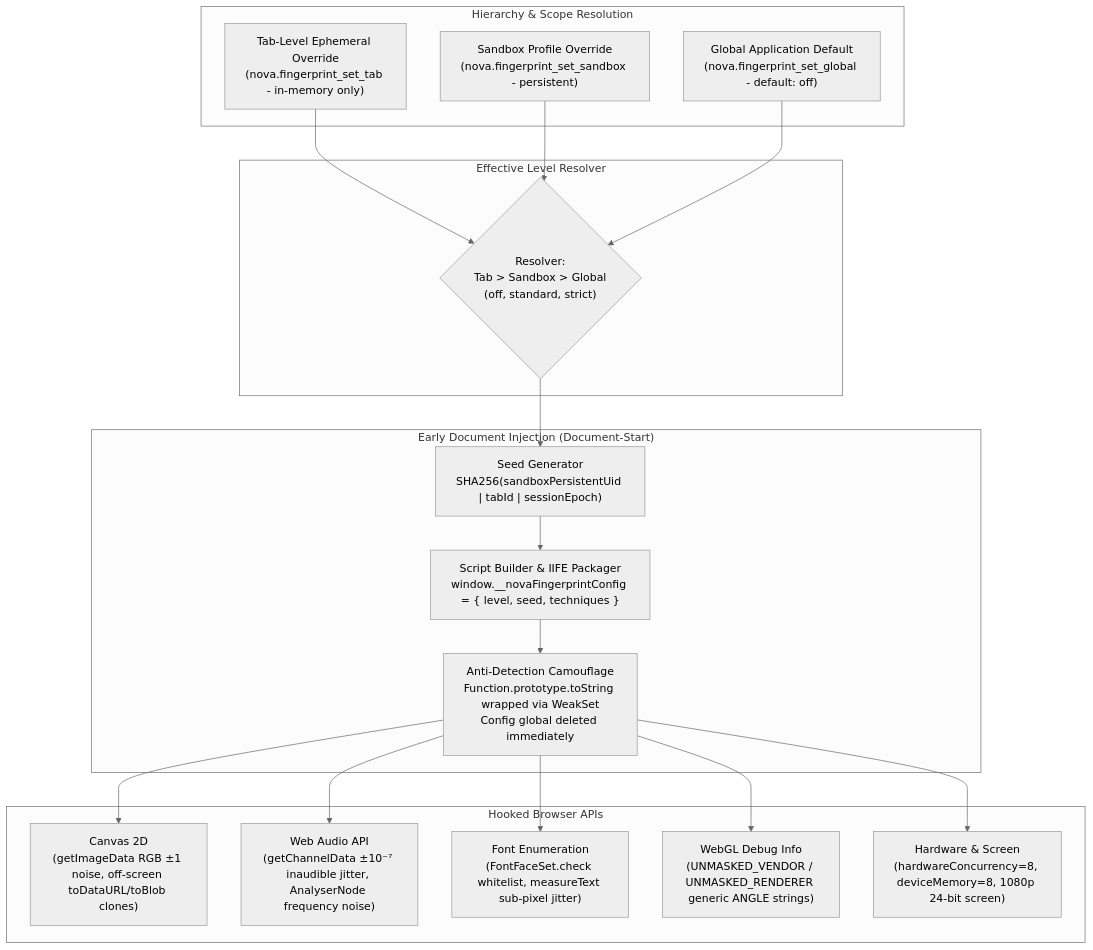
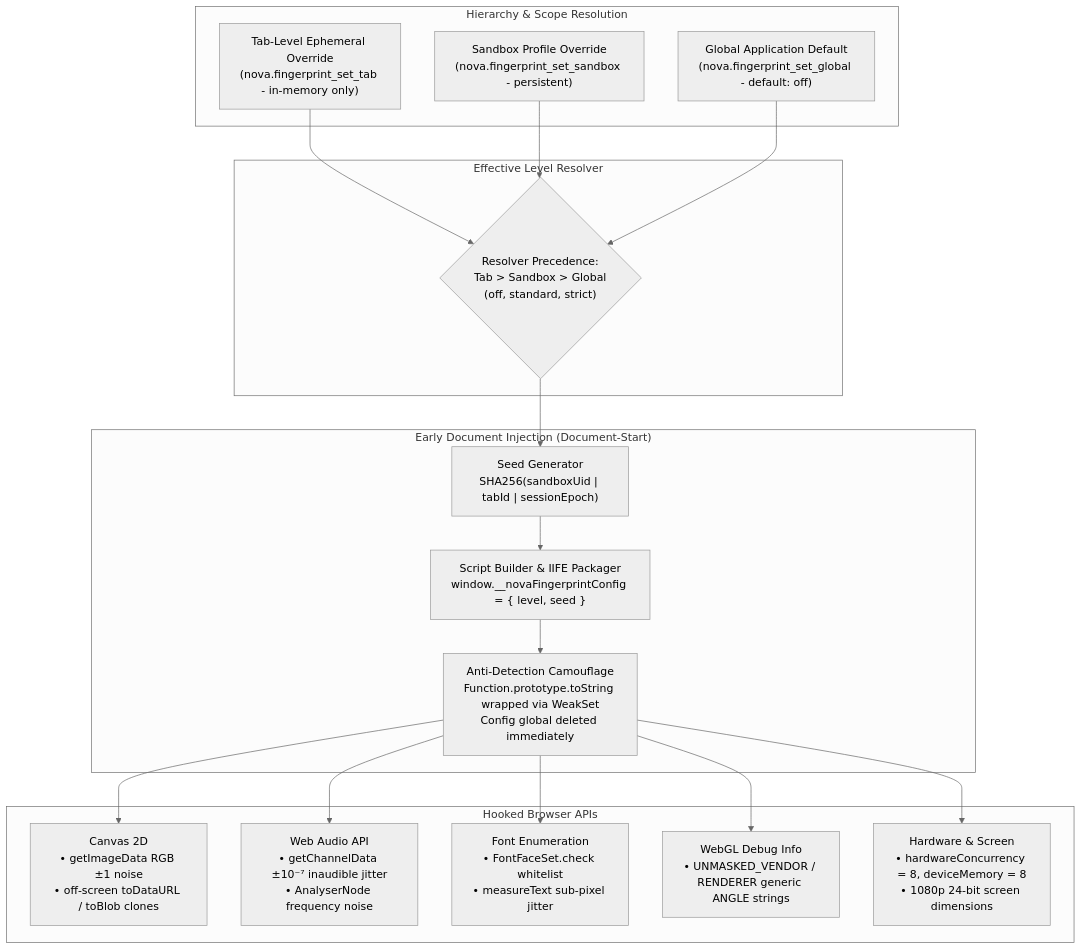
Before and after one commit to joelaniol/nova: the diagram in docs/core-features/privacy/fingerprint-and-identity/README.md, drawn with Mermaid (neutral theme). The commit also changed other lines of this file and 128 other files, not shown here.

````diff
--- a/docs/core-features/privacy/fingerprint-and-identity/README.md
+++ b/docs/core-features/privacy/fingerprint-and-identity/README.md
@@ -7,33 +36,33 @@
 ```mermaid
 flowchart TD
-    subgraph ConfigLayers["Hierarchy & Scope Resolution"]
-        TabScope["Tab-Level Ephemeral Override\n(nova.fingerprint_set_tab - in-memory only)"]
-        SandboxScope["Sandbox Profile Override\n(nova.fingerprint_set_sandbox - persistent)"]
-        GlobalScope["Global Application Default\n(nova.fingerprint_set_global - default: off)"]
+    subgraph ConfigLayers ["Hierarchy & Scope Resolution"]
+        TabScope["Tab-Level Ephemeral Override<br/>(nova.fingerprint_set_tab - in-memory only)"]
+        SandboxScope["Sandbox Profile Override<br/>(nova.fingerprint_set_sandbox - persistent)"]
+        GlobalScope["Global Application Default<br/>(nova.fingerprint_set_global - default: off)"]
     end
 
-    subgraph Resolution["Effective Level Resolver"]
-        Resolver{"Resolver:\nTab > Sandbox > Global\n(off, standard, strict)"}
+    subgraph Resolution ["Effective Level Resolver"]
+        Resolver{"Resolver Precedence:<br/>Tab > Sandbox > Global<br/>(off, standard, strict)"}
     end
 
-    subgraph Injection["Early Document Injection (Document-Start)"]
-        SeedGen["Seed Generator\nSHA256(sandboxPersistentUid | tabId | sessionEpoch)"]
-        ScriptBuilder["Script Builder & IIFE Packager\nwindow.__novaFingerprintConfig = { level, seed, techniques }"]
-        Camouflage["Anti-Detection Camouflage\nFunction.prototype.toString wrapped via WeakSet\nConfig global deleted immediately"]
+    subgraph Injection ["Early Document Injection (Document-Start)"]
+        SeedGen["Seed Generator<br/>SHA256(sandboxUid | tabId | sessionEpoch)"]
+        ScriptBuilder["Script Builder & IIFE Packager<br/>window.__novaFingerprintConfig = { level, seed }"]
+        Camouflage["Anti-Detection Camouflage<br/>Function.prototype.toString wrapped via WeakSet<br/>Config global deleted immediately"]
     end
 
-    subgraph Techniques["Hooked Browser APIs"]
-        CanvasHook["Canvas 2D\n(getImageData RGB ±1 noise, off-screen toDataURL/toBlob clones)"]
-        AudioHook["Web Audio API\n(getChannelData ±10⁻⁷ inaudible jitter, AnalyserNode frequency noise)"]
-        FontHook["Font Enumeration\n(FontFaceSet.check whitelist, measureText sub-pixel jitter)"]
-        WebGLHook["WebGL Debug Info\n(UNMASKED_VENDOR / UNMASKED_RENDERER generic ANGLE strings)"]
-        HardwareHook["Hardware & Screen\n(hardwareConcurrency=8, deviceMemory=8, 1080p 24-bit screen)"]
+    subgraph Techniques ["Hooked Browser APIs"]
+        CanvasHook["Canvas 2D<br/>• getImageData RGB ±1 noise<br/>• off-screen toDataURL / toBlob clones"]
+        AudioHook["Web Audio API<br/>• getChannelData ±10⁻⁷ inaudible jitter<br/>• AnalyserNode frequency noise"]
+        FontHook["Font Enumeration<br/>• FontFaceSet.check whitelist<br/>• measureText sub-pixel jitter"]
+        WebGLHook["WebGL Debug Info<br/>• UNMASKED_VENDOR / RENDERER generic ANGLE strings"]
+        HardwareHook["Hardware & Screen<br/>• hardwareConcurrency = 8, deviceMemory = 8<br/>• 1080p 24-bit screen dimensions"]
     end
 
     TabScope --> Resolver
     SandboxScope --> Resolver
     GlobalScope --> Resolver
 
     Resolver --> SeedGen --> ScriptBuilder --> Camouflage
     Camouflage --> CanvasHook & AudioHook & FontHook & WebGLHook & HardwareHook
 ```
````
